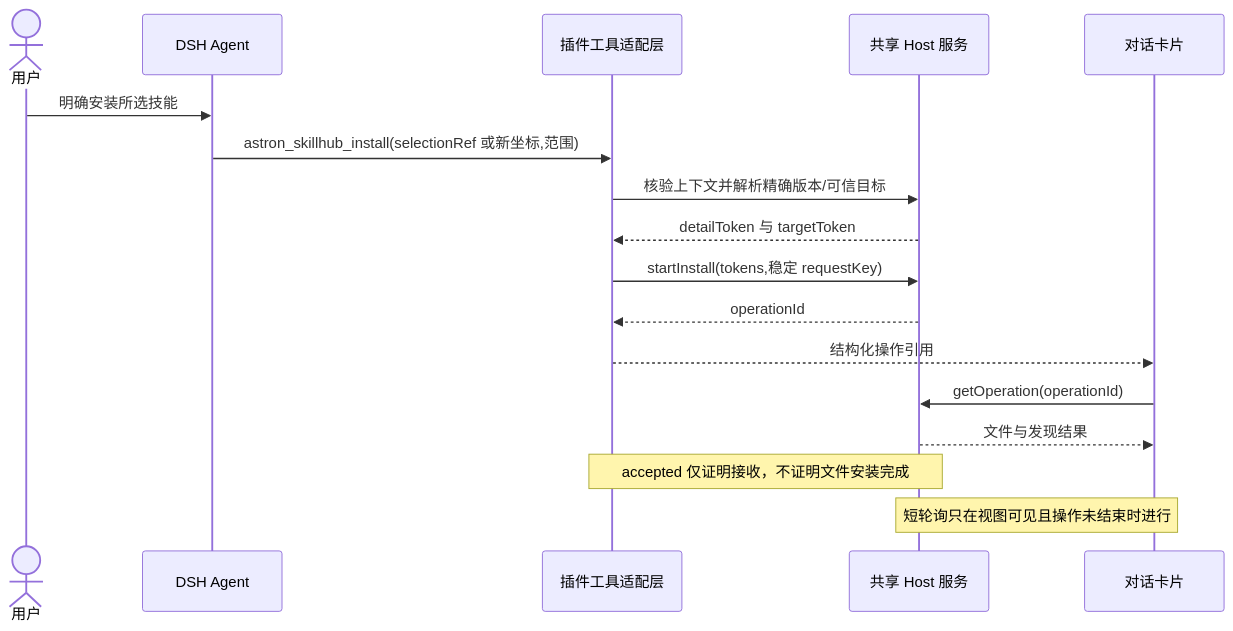
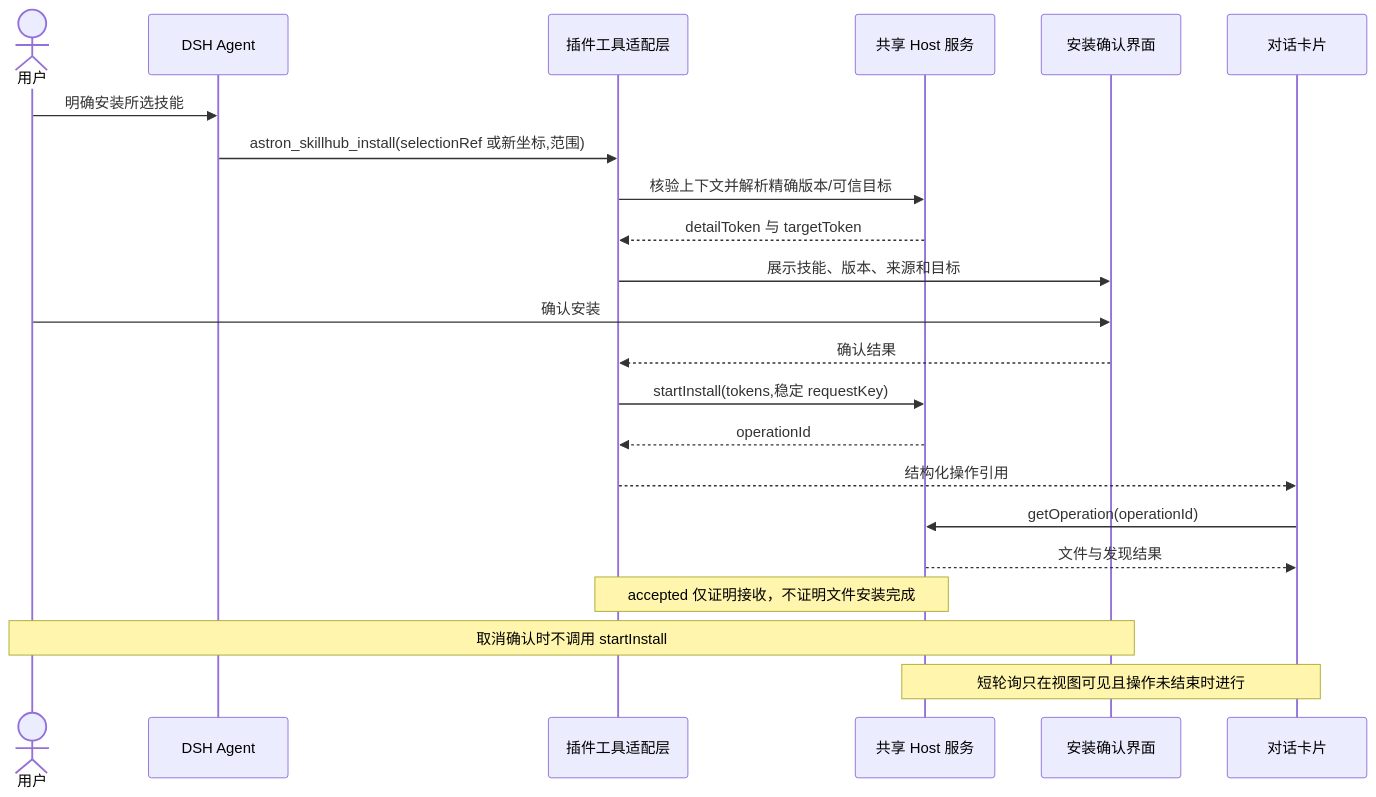
Before and after one commit to iflytek/skillhub: the second of 4 diagrams in openspec/changes/add-dsh-native-plugin/conversation-design.md, drawn with Mermaid. The commit also changed other lines of this file and 610 other files, not shown here.

````diff
--- a/openspec/changes/add-dsh-native-plugin/conversation-design.md
+++ b/openspec/changes/add-dsh-native-plugin/conversation-design.md
@@ -100,19 +104,24 @@
 ```mermaid
 sequenceDiagram
   actor U as 用户
   participant A as DSH Agent
   participant T as 插件工具适配层
   participant S as 共享 Host 服务
+  participant D as 安装确认界面
   participant C as 对话卡片
   U->>A: 明确安装所选技能
   A->>T: astron_skillhub_install(selectionRef 或新坐标,范围)
   T->>S: 核验上下文并解析精确版本/可信目标
   S-->>T: detailToken 与 targetToken
+  T->>D: 展示技能、版本、来源和目标
+  U->>D: 确认安装
+  D-->>T: 确认结果
   T->>S: startInstall(tokens,稳定 requestKey)
   S-->>T: operationId
   T-->>C: 结构化操作引用
   C->>S: getOperation(operationId)
   S-->>C: 文件与发现结果
   Note over T,S: accepted 仅证明接收，不证明文件安装完成
+  Note over U,D: 取消确认时不调用 startInstall
   Note over C,S: 短轮询只在视图可见且操作未结束时进行
 ```
````
